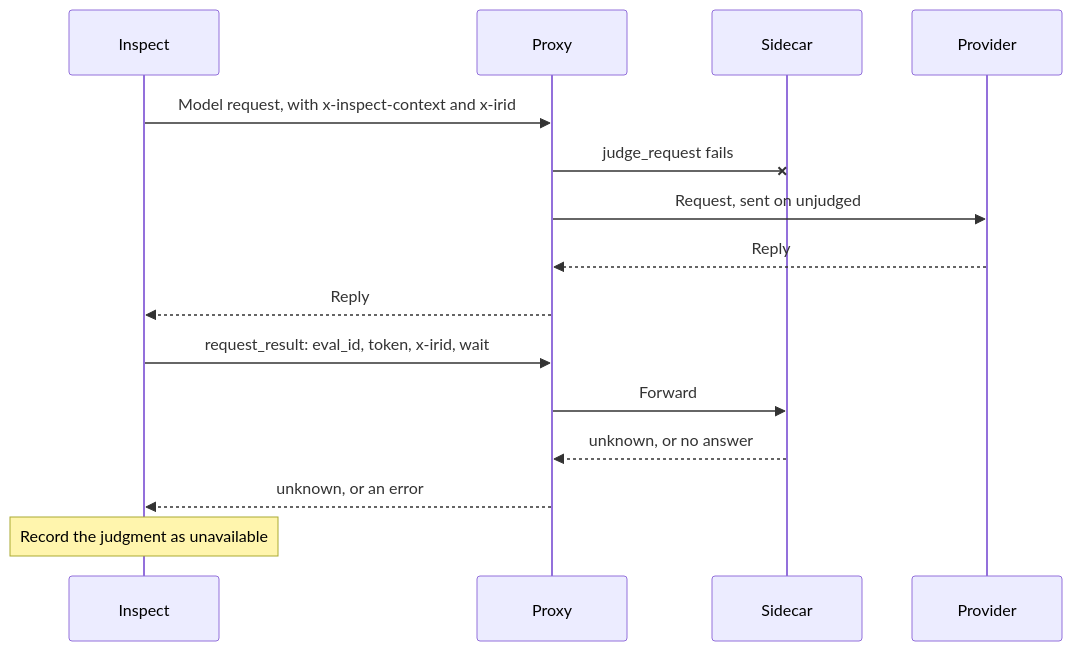
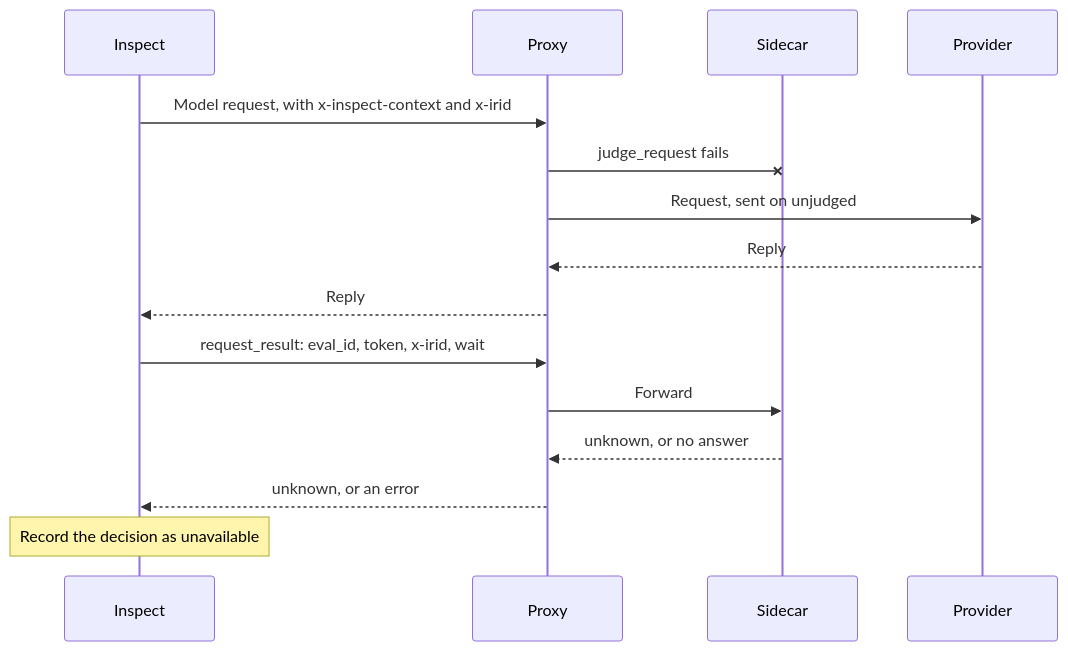
One commit to meridianlabs-ai/inspect_sentinel changed the eighth of 9 diagrams in design/sidecar.md. Above: the diagram before and after it, drawn with Mermaid. The commit also changed other lines of this file and 2 other files, not shown here.

````diff
--- a/design/sidecar.md
+++ b/design/sidecar.md
@@ -1032,17 +1141,17 @@
 ```mermaid
 sequenceDiagram
     participant I as Inspect
     participant P as Proxy
     participant S as Sidecar
     participant M as Provider
     I->>P: Model request, with x-inspect-context and x-irid
     P-xS: judge_request fails
     P->>M: Request, sent on unjudged
     M-->>P: Reply
     P-->>I: Reply
     I->>P: request_result: eval_id, token, x-irid, wait
     P->>S: Forward
     S-->>P: unknown, or no answer
     P-->>I: unknown, or an error
-    Note over I: Record the judgment as unavailable
+    Note over I: Record the decision as unavailable
 ```
````
